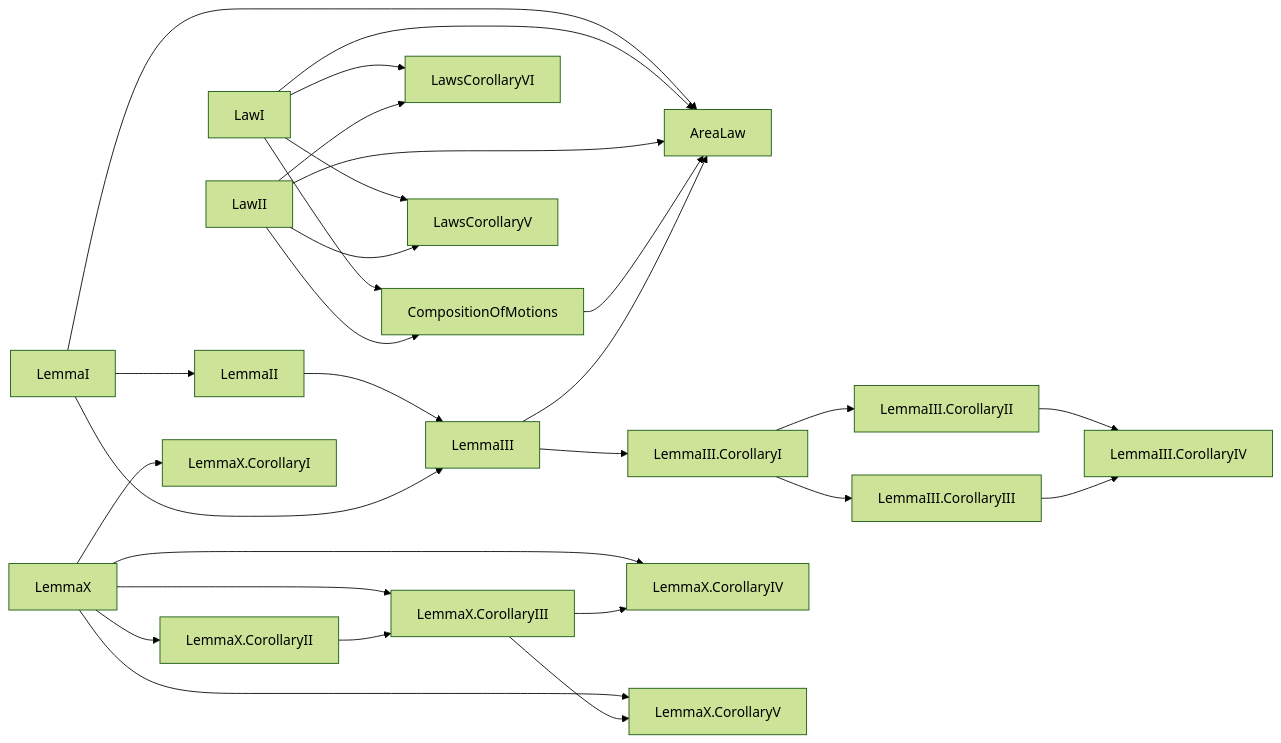
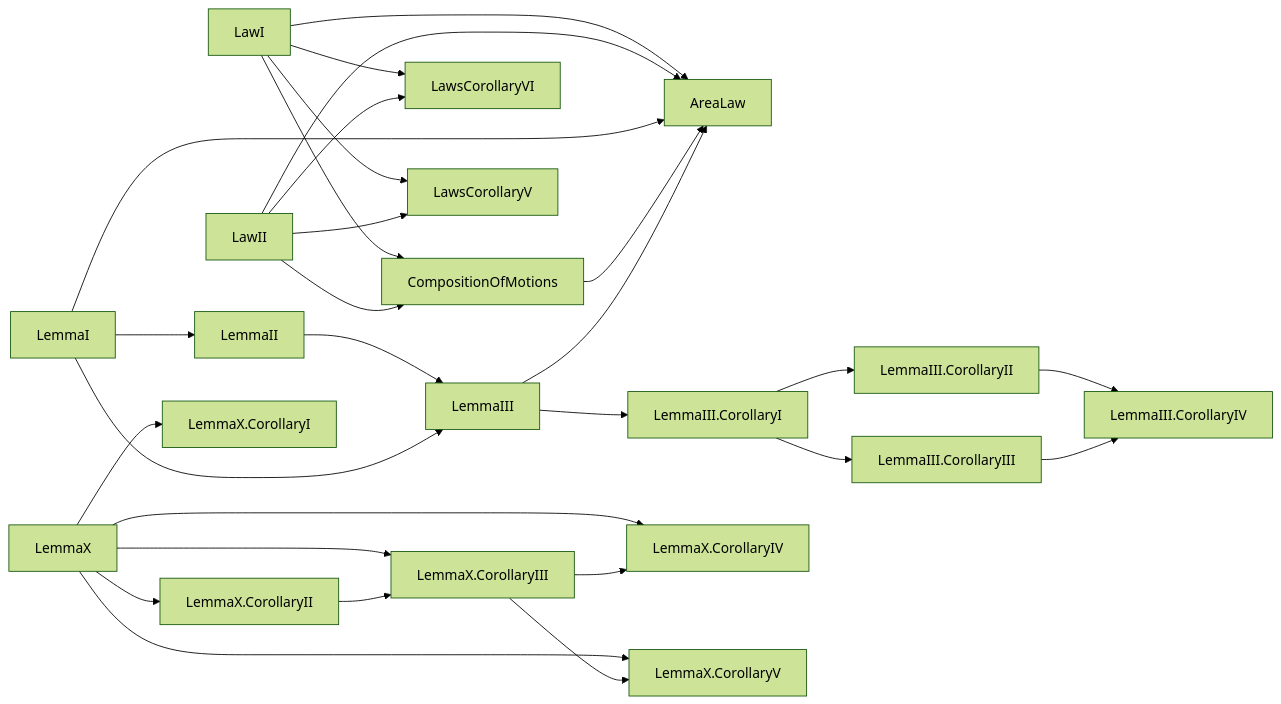
The seventh of 7 diagrams in research/figures.md (arivero/newtonlean), drawn with Mermaid (forest theme) before and after one commit. The commit also changed other lines of this file and 11 other files, not shown here.

First line of the commit message:
Cover the mechanical/given-curve between-region for Lipschitz nonmonotone charts

````diff
--- a/research/figures.md
+++ b/research/figures.md
@@ -223,30 +223,30 @@
 ```mermaid
 flowchart LR
   LemmaII["LemmaII"] --> LemmaIII["LemmaIII"]
   LemmaI["LemmaI"] --> LemmaIII["LemmaIII"]
+  LawI["LawI"] --> AreaLaw["AreaLaw"]
+  LawII["LawII"] --> AreaLaw["AreaLaw"]
   LemmaI["LemmaI"] --> AreaLaw["AreaLaw"]
   LawI["LawI"] --> CompositionOfMotions["CompositionOfMotions"]
   LawII["LawII"] --> CompositionOfMotions["CompositionOfMotions"]
   LemmaIII["LemmaIII"] --> LemmaIII_CorollaryI["LemmaIII.CorollaryI"]
-  LawI["LawI"] --> AreaLaw["AreaLaw"]
-  LawII["LawII"] --> AreaLaw["AreaLaw"]
   CompositionOfMotions["CompositionOfMotions"] --> AreaLaw["AreaLaw"]
   LawI["LawI"] --> LawsCorollaryVI["LawsCorollaryVI"]
   LawII["LawII"] --> LawsCorollaryVI["LawsCorollaryVI"]
   LemmaI["LemmaI"] --> LemmaII["LemmaII"]
   LemmaIII["LemmaIII"] --> AreaLaw["AreaLaw"]
   LemmaIII_CorollaryII["LemmaIII.CorollaryII"] --> LemmaIII_CorollaryIV["LemmaIII.CorollaryIV"]
   LemmaIII_CorollaryIII["LemmaIII.CorollaryIII"] --> LemmaIII_CorollaryIV["LemmaIII.CorollaryIV"]
   LemmaX["LemmaX"] --> LemmaX_CorollaryIV["LemmaX.CorollaryIV"]
   LemmaX_CorollaryIII["LemmaX.CorollaryIII"] --> LemmaX_CorollaryIV["LemmaX.CorollaryIV"]
   LemmaIII_CorollaryI["LemmaIII.CorollaryI"] --> LemmaIII_CorollaryIII["LemmaIII.CorollaryIII"]
   LemmaX["LemmaX"] --> LemmaX_CorollaryII["LemmaX.CorollaryII"]
   LemmaX["LemmaX"] --> LemmaX_CorollaryI["LemmaX.CorollaryI"]
   LemmaX["LemmaX"] --> LemmaX_CorollaryV["LemmaX.CorollaryV"]
   LemmaX_CorollaryIII["LemmaX.CorollaryIII"] --> LemmaX_CorollaryV["LemmaX.CorollaryV"]
   LemmaIII_CorollaryI["LemmaIII.CorollaryI"] --> LemmaIII_CorollaryII["LemmaIII.CorollaryII"]
   LemmaX["LemmaX"] --> LemmaX_CorollaryIII["LemmaX.CorollaryIII"]
   LemmaX_CorollaryII["LemmaX.CorollaryII"] --> LemmaX_CorollaryIII["LemmaX.CorollaryIII"]
   LawI["LawI"] --> LawsCorollaryV["LawsCorollaryV"]
   LawII["LawII"] --> LawsCorollaryV["LawsCorollaryV"]
 ```
````
